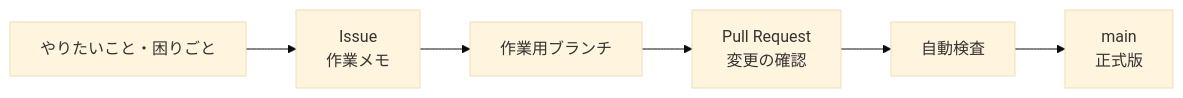
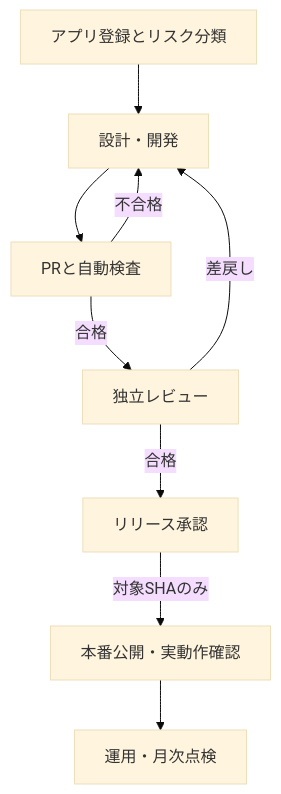
The diagram in README.md (utsuroi-inc/.github), drawn with Mermaid (base theme) before and after one commit. The commit also changed other lines of this file and 7 other files, not shown here.

````diff
--- a/README.md
+++ b/README.md
@@ -16,8 +38,11 @@
 ```mermaid
-flowchart LR
-    A[やりたいこと・困りごと] --> B[Issue<br/>作業メモ]
-    B --> C[作業用ブランチ]
-    C --> D[Pull Request<br/>変更の確認]
-    D --> E[自動検査]
-    E --> F[main<br/>正式版]
+flowchart TD
+  A[アプリ登録とリスク分類] --> B[設計・開発]
+  B --> C[PRと自動検査]
+  C -->|不合格| B
+  C -->|合格| D[独立レビュー]
+  D -->|差戻し| B
+  D -->|合格| E[リリース承認]
+  E -->|対象SHAのみ| F[本番公開・実動作確認]
+  F --> G[運用・月次点検]
 ```
````
